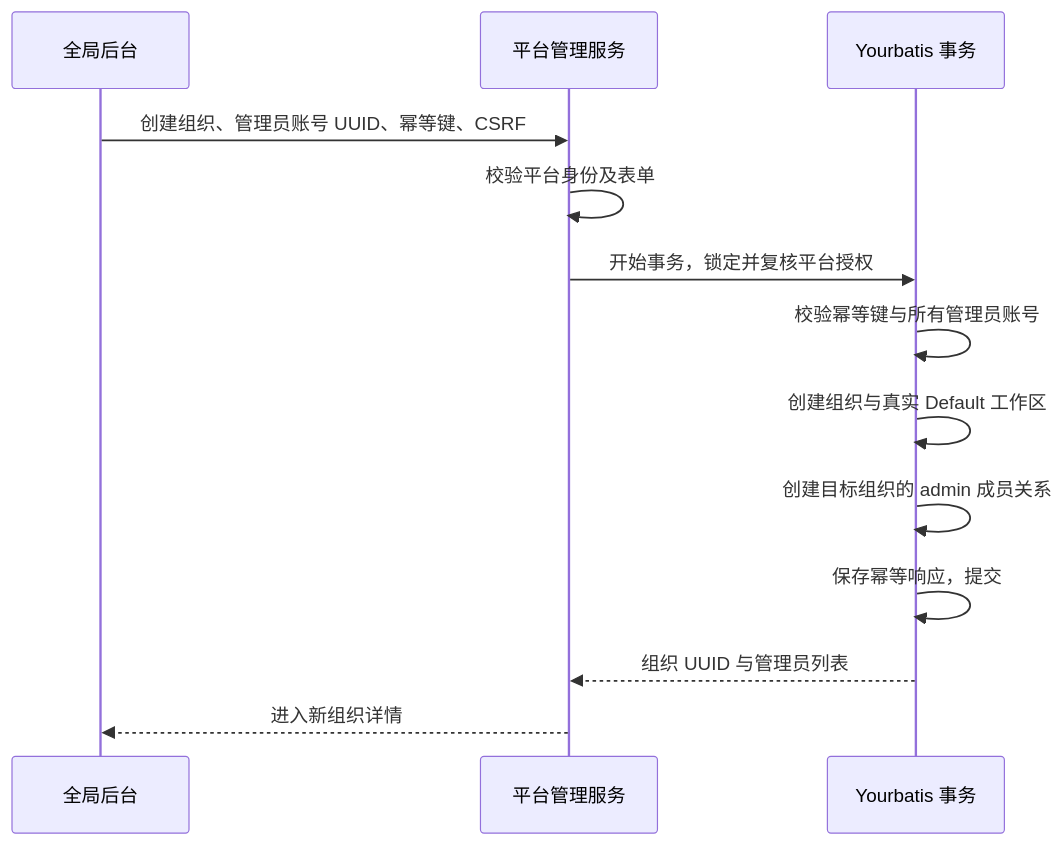
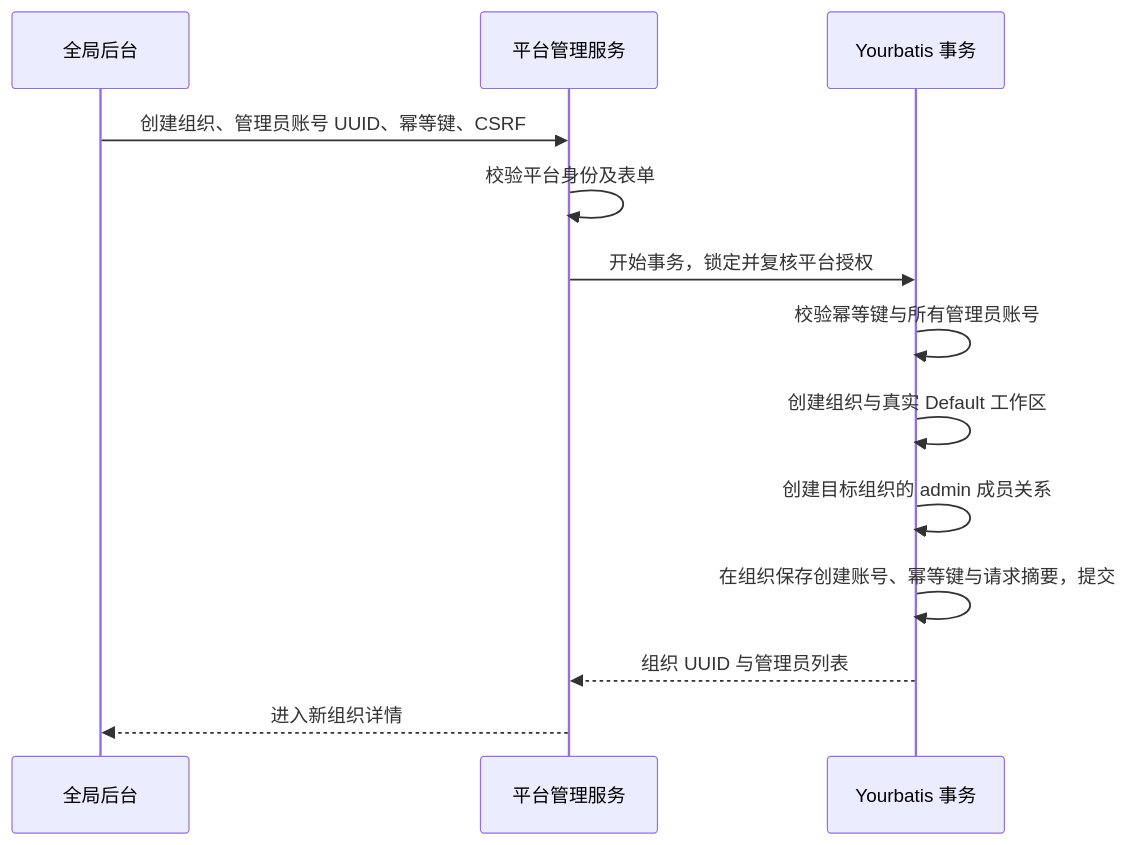
Before and after one commit to superduck-ai/open-managed-agents: the second of 2 diagrams in docs/design/platform-super-admin.md, drawn with Mermaid. The commit also changed other lines of this file and 9 other files, not shown here.

````diff
--- a/docs/design/platform-super-admin.md
+++ b/docs/design/platform-super-admin.md
@@ -145,15 +145,15 @@
 ```mermaid
 sequenceDiagram
     participant UI as 全局后台
     participant S as 平台管理服务
     participant TX as Yourbatis 事务
     UI->>S: 创建组织、管理员账号 UUID、幂等键、CSRF
     S->>S: 校验平台身份及表单
     S->>TX: 开始事务，锁定并复核平台授权
     TX->>TX: 校验幂等键与所有管理员账号
     TX->>TX: 创建组织与真实 Default 工作区
     TX->>TX: 创建目标组织的 admin 成员关系
-    TX->>TX: 保存幂等响应，提交
+    TX->>TX: 在组织保存创建账号、幂等键与请求摘要，提交
     TX-->>S: 组织 UUID 与管理员列表
     S-->>UI: 进入新组织详情
 ```
````
